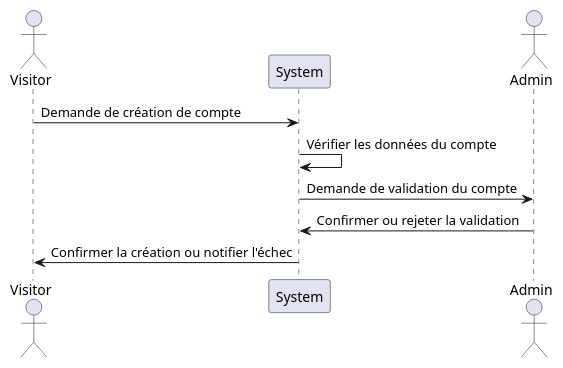
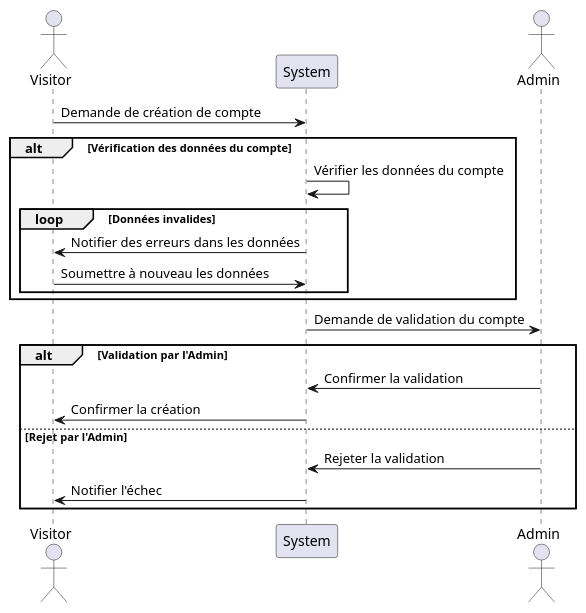
Before and after one commit to MehediT/BoutiqueLigneAudiovisuels: the diagram in Sequence/AccountCreationSequence.puml, drawn with PlantUML. The commit also changed 3 other files, not shown here.

```diff
--- a/Sequence/AccountCreationSequence.puml
+++ b/Sequence/AccountCreationSequence.puml
@@ -1,13 +1,27 @@
 @startuml
 
 actor Visitor
 participant "System" as System
 actor Admin
 
 Visitor -> System : Demande de création de compte
-System -> System : Vérifier les données du compte
+
+alt Vérification des données du compte
+    System -> System : Vérifier les données du compte
+    loop Données invalides
+        System -> Visitor : Notifier des erreurs dans les données
+        Visitor -> System : Soumettre à nouveau les données
+    end
+end
+
 System -> Admin : Demande de validation du compte
-Admin -> System : Confirmer ou rejeter la validation
-System -> Visitor : Confirmer la création ou notifier l'échec
+
+alt Validation par l'Admin
+    Admin -> System : Confirmer la validation
+    System -> Visitor : Confirmer la création
+else Rejet par l'Admin
+    Admin -> System : Rejeter la validation
+    System -> Visitor : Notifier l'échec
+end
 
 @enduml
```
